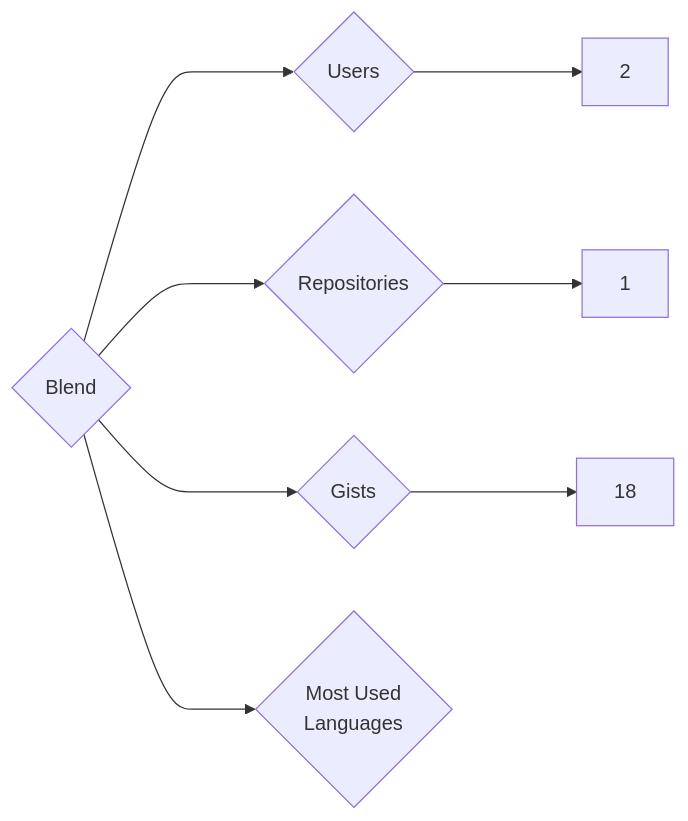
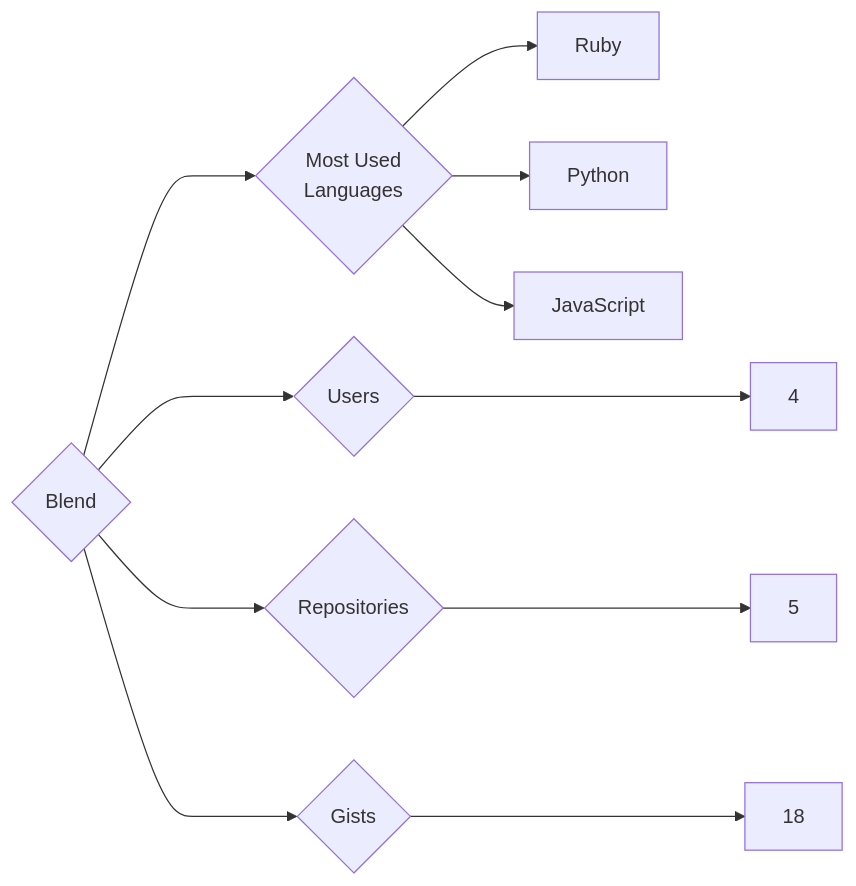
One commit to trickest/insiders changed the diagram in targets/Blend/README.md. Above: the diagram before and after it, drawn with Mermaid. The commit also changed 912 other files, not shown here.

````diff
--- a/targets/Blend/README.md
+++ b/targets/Blend/README.md
@@ -3,8 +3,11 @@
 ```mermaid
 graph LR
 COMPANY_NAME{Blend}
-COMPANY_NAME ---> U{Users} ---> UN[2]
-COMPANY_NAME ---> R{Repositories} ---> RN[1]
+COMPANY_NAME ---> U{Users} ---> UN[4]
+COMPANY_NAME ---> R{Repositories} ---> RN[5]
 COMPANY_NAME ---> G{Gists} ---> GN[18]
 COMPANY_NAME ---> ML{Most Used<br>Languages}
+ML --> Ruby[Ruby]
+ML --> Python[Python]
+ML --> JavaScript[JavaScript]
 ```
````
